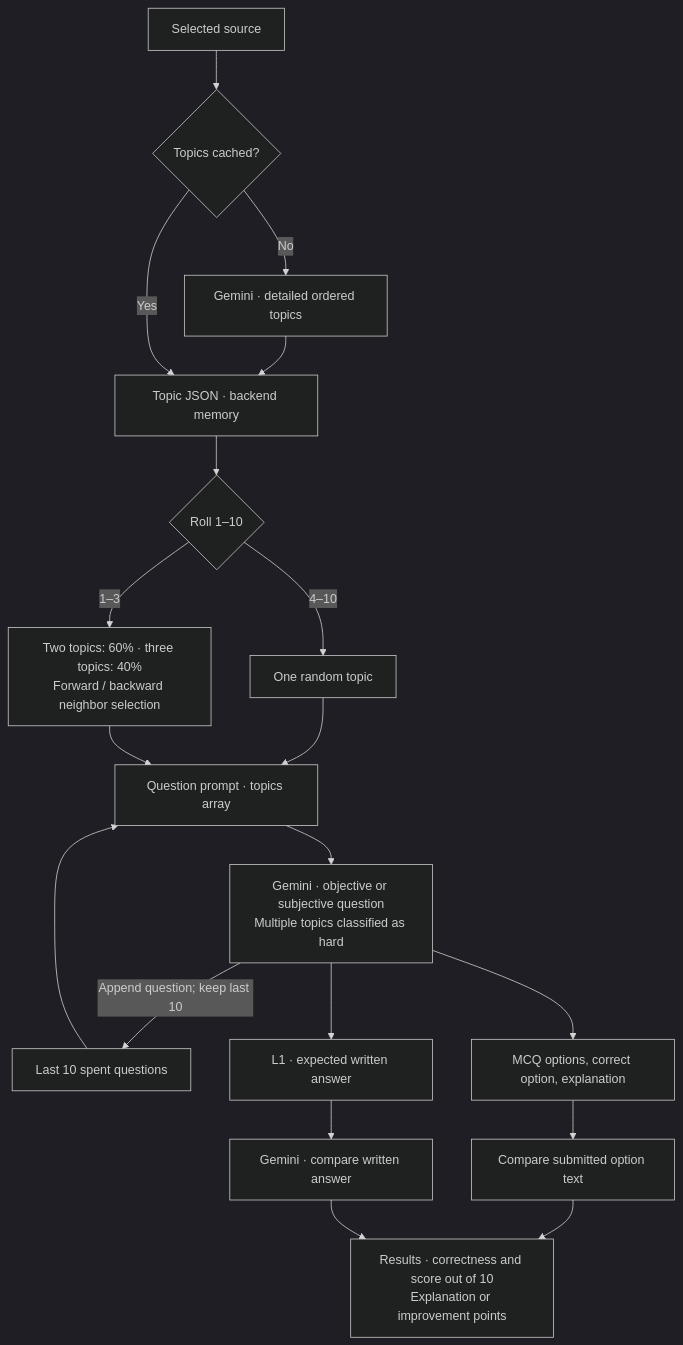
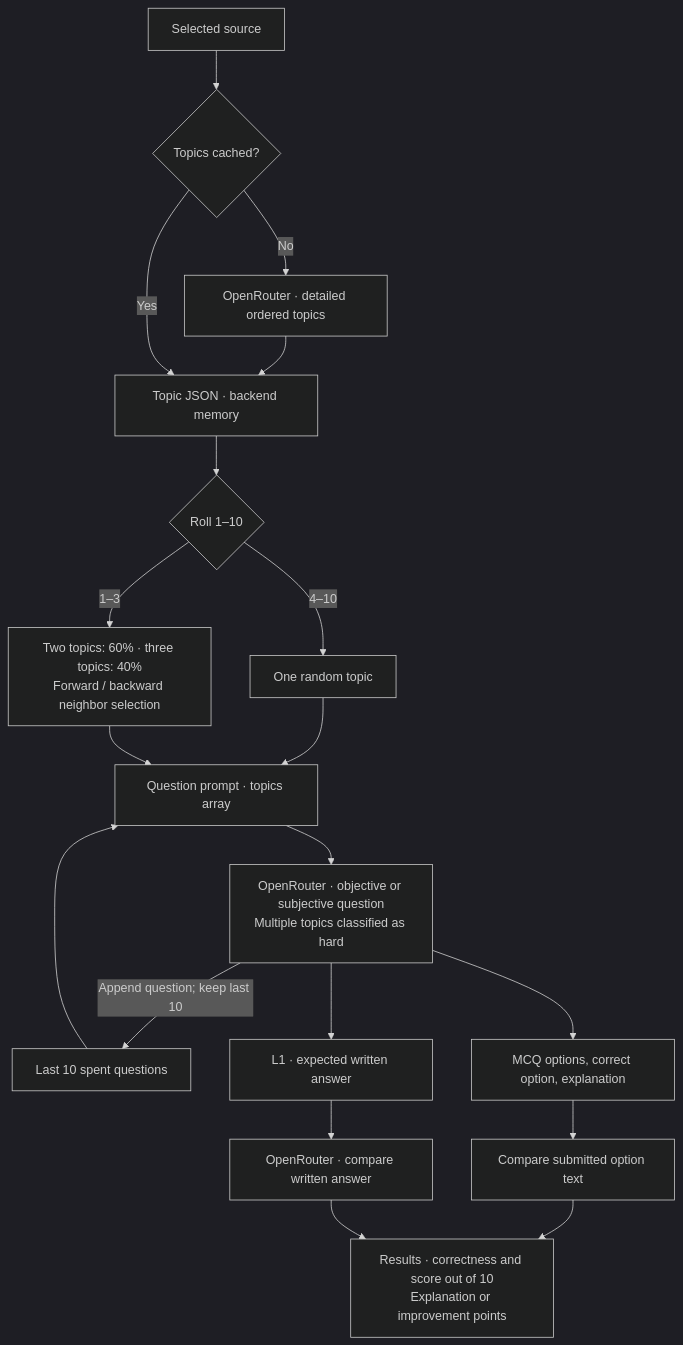
The second of 2 diagrams in README.md (Beriyev/Hereshko), drawn with Mermaid (dark theme) before and after one commit. The commit also changed other lines of this file and 14 other files, not shown here.

````diff
--- a/README.md
+++ b/README.md
@@ -151,21 +151,21 @@
 ```mermaid
 flowchart TD
     source["Selected source"] --> cache{"Topics cached?"}
-    cache -- "No" --> extract["Gemini · detailed ordered topics"]
+    cache -- "No" --> extract["OpenRouter · detailed ordered topics"]
     extract --> topics["Topic JSON · backend memory"]
     cache -- "Yes" --> topics
     topics --> roll{"Roll 1–10"}
     roll -- "4–10" --> single["One random topic"]
     roll -- "1–3" --> multiple["Two topics: 60% · three topics: 40%\nForward / backward neighbor selection"]
     single --> prompt["Question prompt · topics array"]
     multiple --> prompt
     history["Last 10 spent questions"] --> prompt
-    prompt --> question["Gemini · objective or subjective question\nMultiple topics classified as hard"]
+    prompt --> question["OpenRouter · objective or subjective question\nMultiple topics classified as hard"]
     question -- "Append question; keep last 10" --> history
     question --> objective["MCQ options, correct option, explanation"]
     question --> subjective["L1 · expected written answer"]
     objective --> choices["Compare submitted option text"]
-    subjective --> grading["Gemini · compare written answer"]
+    subjective --> grading["OpenRouter · compare written answer"]
     choices --> results["Results · correctness and score out of 10\nExplanation or improvement points"]
     grading --> results
 ```
````
